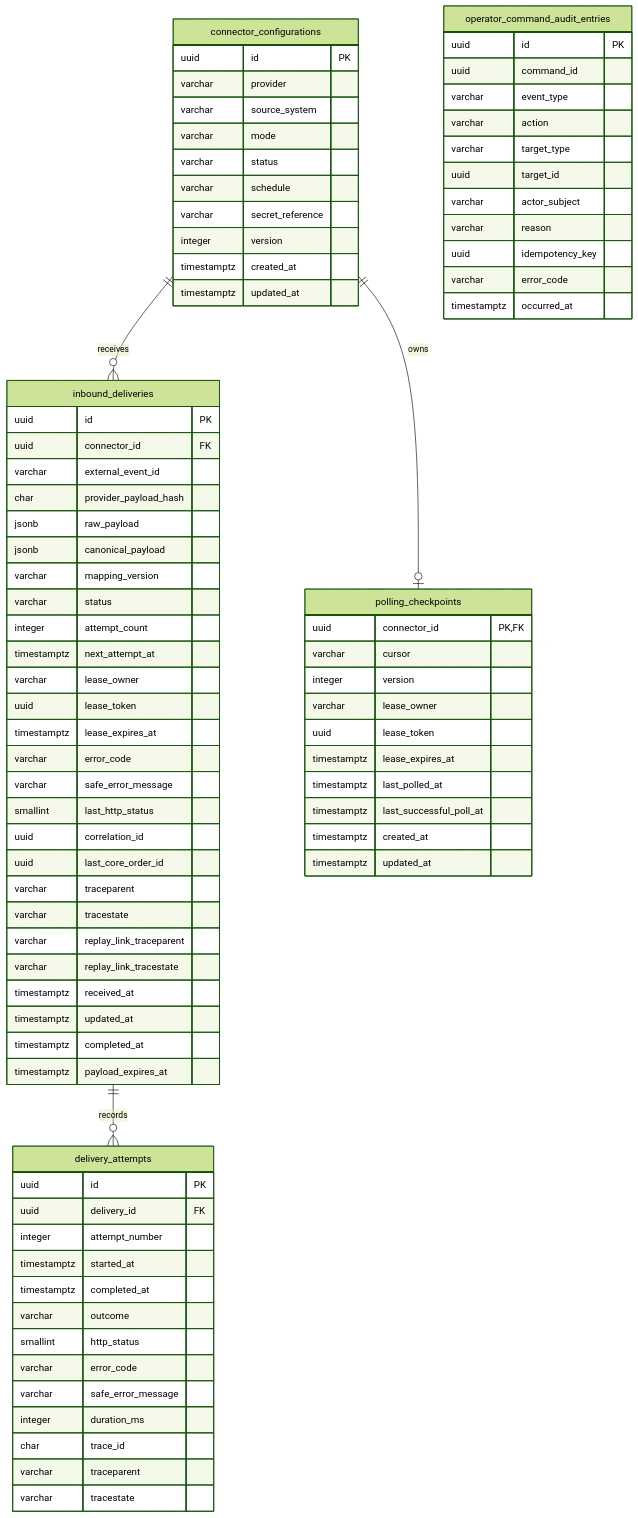
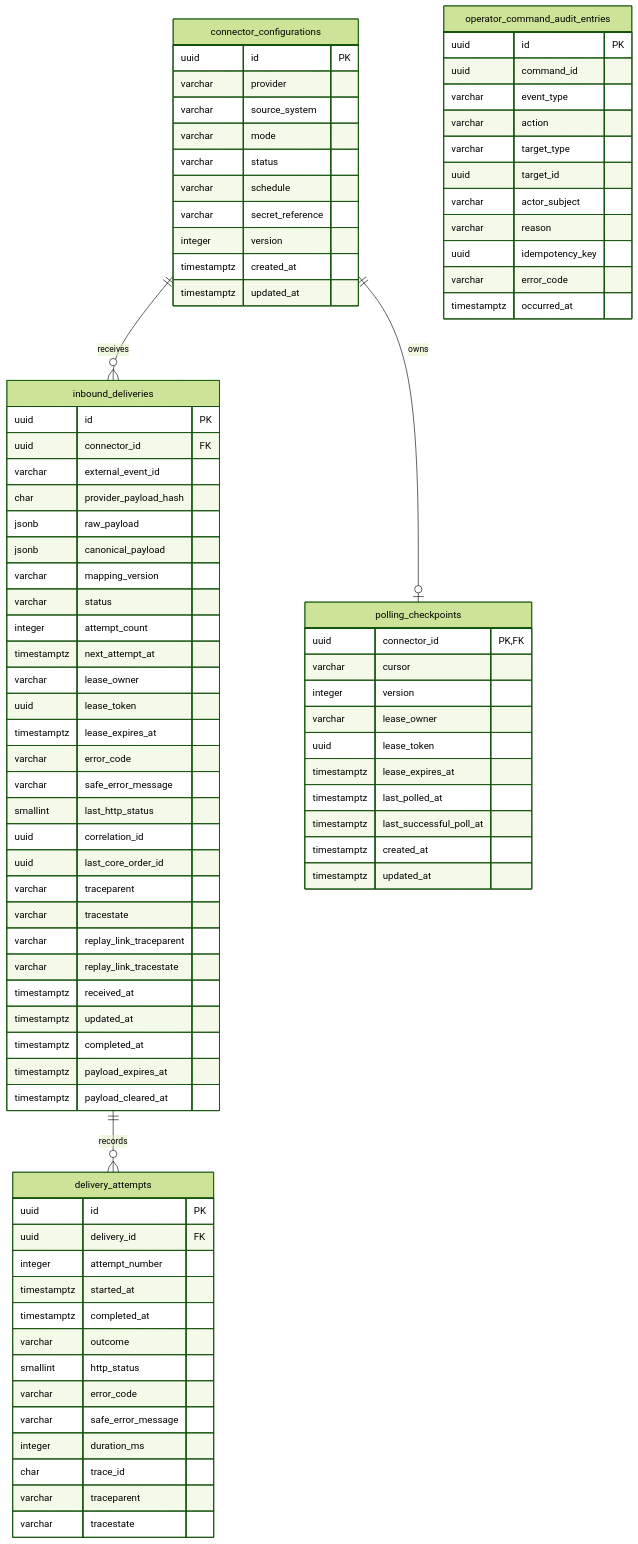
Before and after one commit to PietroRussoD/commerce-integration-hub: the second of 2 diagrams in docs/data-model.md, drawn with Mermaid (forest theme). The commit also changed other lines of this file and 11 other files, not shown here.

Commit message:
🗃️ Define terminal payload retention schema and policy

```diff
--- a/docs/data-model.md
+++ b/docs/data-model.md
@@ -226,6 +226,7 @@
         timestamptz updated_at
         timestamptz completed_at
         timestamptz payload_expires_at
+        timestamptz payload_cleared_at
     }
 
     delivery_attempts {
```
